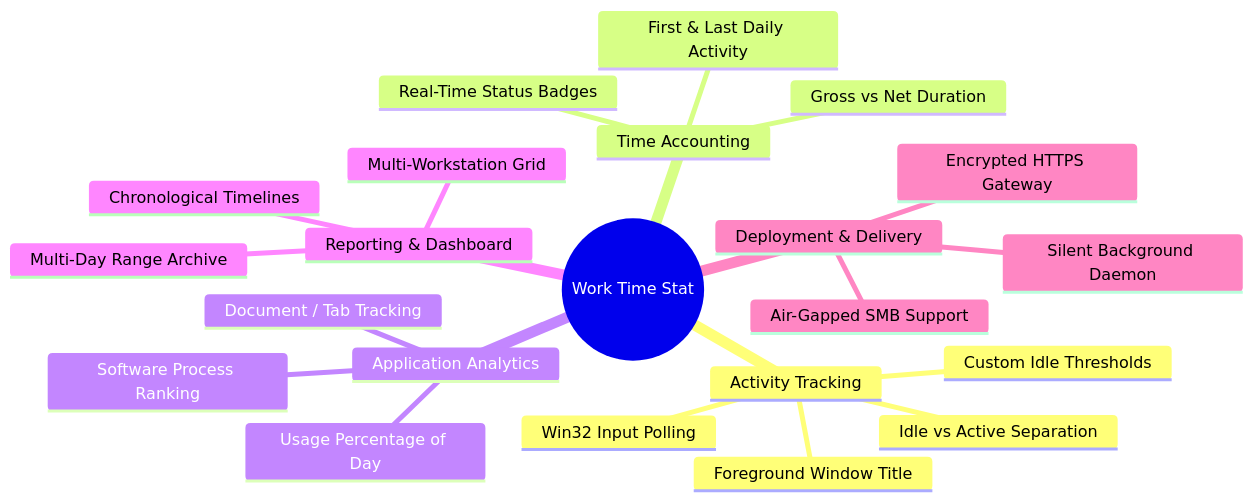
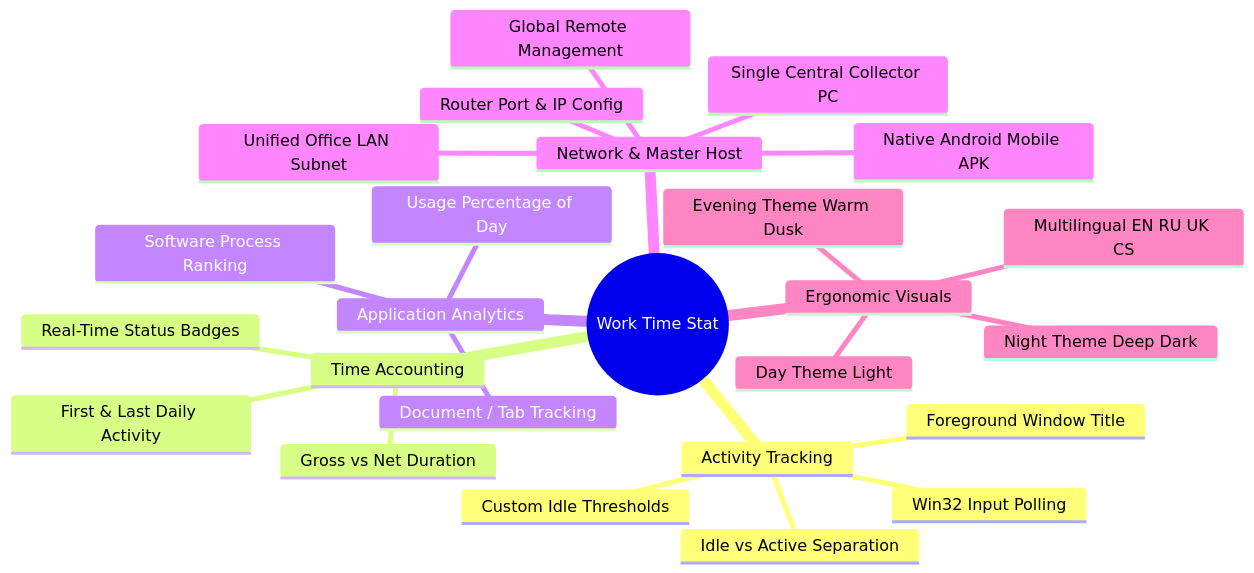
One commit to GinCz/Windows_scripts changed the diagram in projects/Windows/Work_Time_Stat/FEATURES.md. Above: the diagram before and after it, drawn with Mermaid. The commit also changed other lines of this file and 12 other files, not shown here.

Commit message:
feat(portfolio): canonical Work_Time_Stat naming, master server architecture, and tri-mode theme

````diff
--- a/projects/Windows/Work_Time_Stat/FEATURES.md
+++ b/projects/Windows/Work_Time_Stat/FEATURES.md
@@ -15,25 +15,28 @@
 ```mermaid
 mindmap
   root((Work Time Stat))
     Activity Tracking
       Win32 Input Polling
       Foreground Window Title
       Idle vs Active Separation
       Custom Idle Thresholds
     Time Accounting
       First & Last Daily Activity
       Gross vs Net Duration
       Real-Time Status Badges
     Application Analytics
       Software Process Ranking
       Document / Tab Tracking
       Usage Percentage of Day
-    Reporting & Dashboard
-      Multi-Workstation Grid
-      Chronological Timelines
-      Multi-Day Range Archive
-    Deployment & Delivery
-      Silent Background Daemon
-      Air-Gapped SMB Support
-      Encrypted HTTPS Gateway
+    Network & Master Host
+      Unified Office LAN Subnet
+      Router Port & IP Config
+      Single Central Collector PC
+      Global Remote Management
+      Native Android Mobile APK
+    Ergonomic Visuals
+      Day Theme Light
+      Evening Theme Warm Dusk
+      Night Theme Deep Dark
+      Multilingual EN RU UK CS
 ```
````
